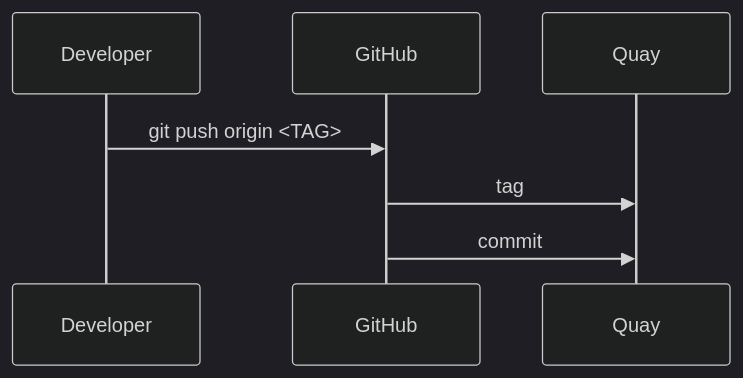
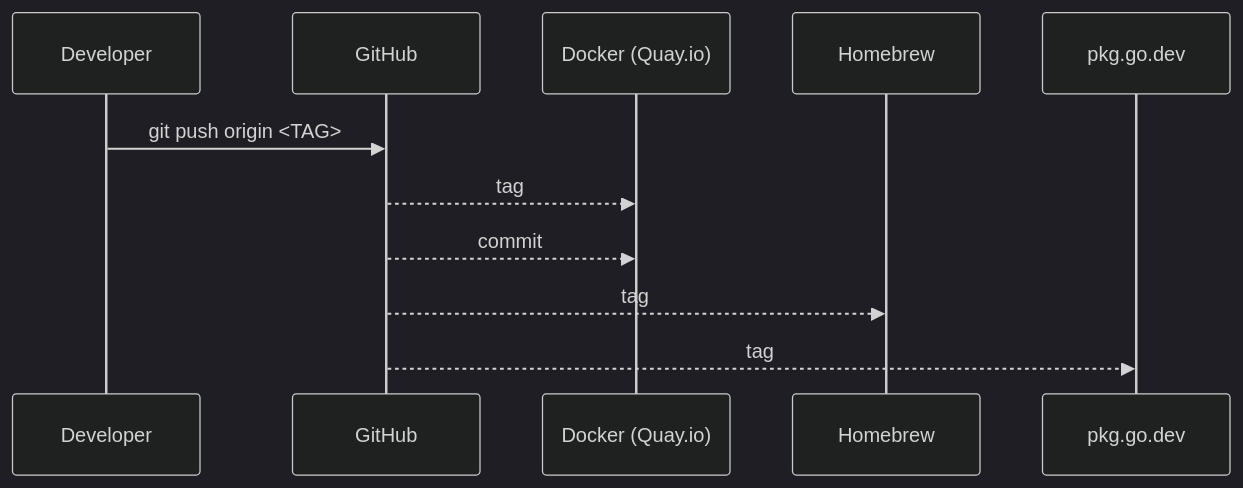
Before and after one commit to ohsu-comp-bio/funnel: the diagram in CONTRIBUTING.md, drawn with Mermaid (dark theme). The commit also changed other lines of this file, not shown here.

````diff
--- a/CONTRIBUTING.md
+++ b/CONTRIBUTING.md
@@ -34,9 +33,13 @@
 ```mermaid
 sequenceDiagram
     participant dev as Developer
     participant gh as GitHub
-    participant quay as Quay
+    participant quay as Docker (Quay.io)
+    participant hb as Homebrew
+    participant go as pkg.go.dev
     dev->>gh: git push origin <TAG>
-    gh->>quay: tag
-    gh->>quay: commit
+    gh-->>quay: tag
+    gh-->>quay: commit
+    gh-->>hb: tag
+    gh-->>go: tag
 ```
````
